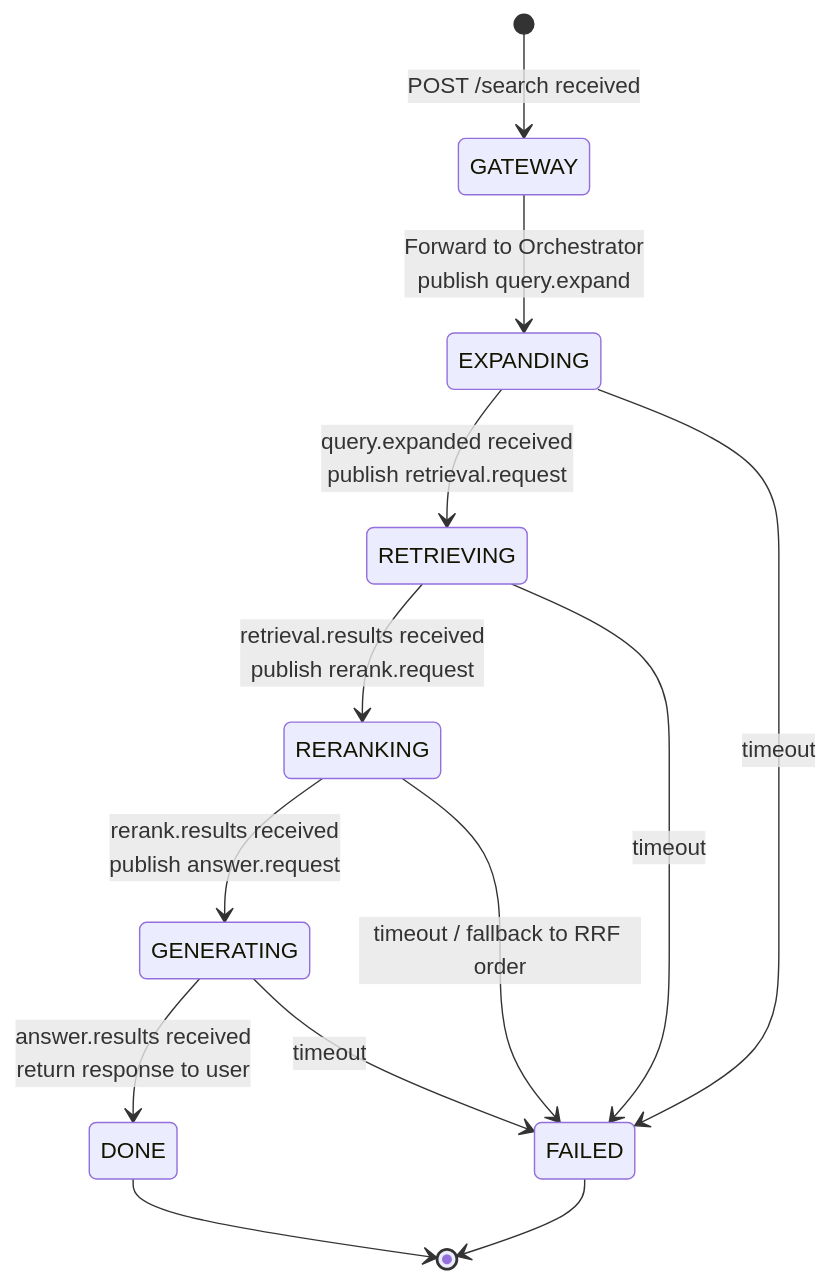
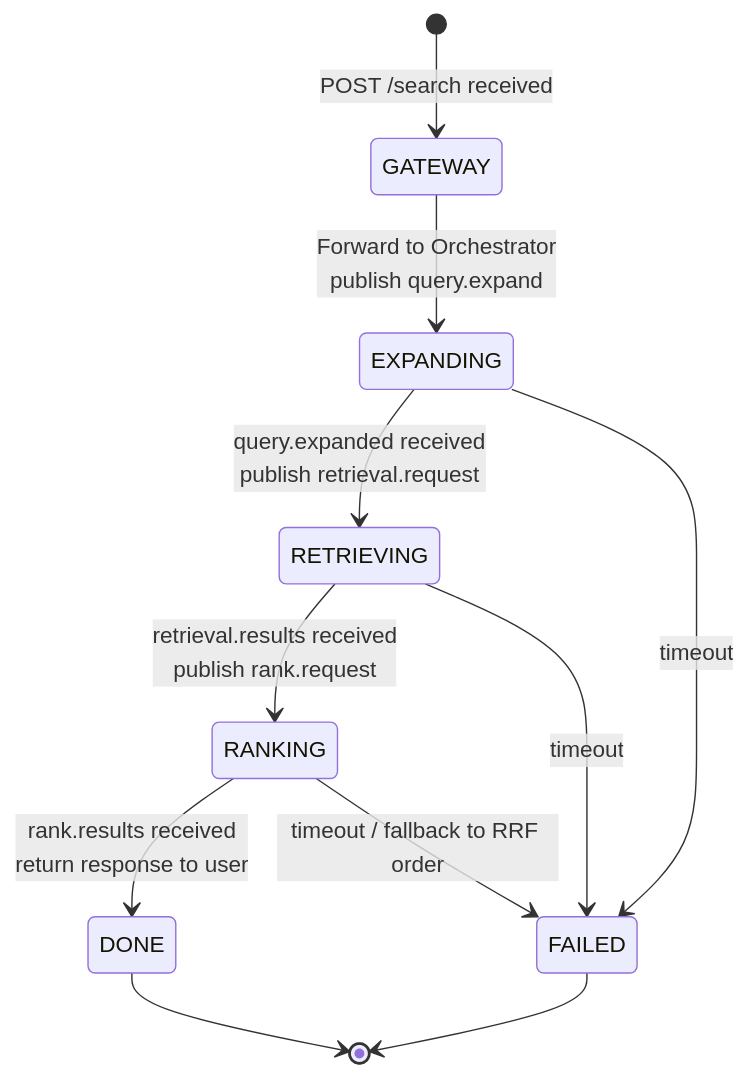
Before and after one commit to Peqchji/spring-ai-search-engine: the second of 3 diagrams in AGENTIC.md, drawn with Mermaid. The commit also changed other lines of this file and 9 other files, not shown here.

First line of the commit message:
docs: Refactor architecture to LTR AI Search Engine

````diff
--- a/AGENTIC.md
+++ b/AGENTIC.md
@@ -170,15 +147,13 @@
 ```mermaid
 stateDiagram-v2
     [*] --> GATEWAY: POST /search received
     GATEWAY --> EXPANDING: Forward to Orchestrator<br>publish query.expand
     EXPANDING --> RETRIEVING: query.expanded received<br>publish retrieval.request
-    RETRIEVING --> RERANKING: retrieval.results received<br>publish rerank.request
-    RERANKING --> GENERATING: rerank.results received<br>publish answer.request
-    GENERATING --> DONE: answer.results received<br>return response to user
+    RETRIEVING --> RANKING: retrieval.results received<br>publish rank.request
+    RANKING --> DONE: rank.results received<br>return response to user
     EXPANDING --> FAILED: timeout
     RETRIEVING --> FAILED: timeout
-    RERANKING --> FAILED: timeout / fallback to RRF order
-    GENERATING --> FAILED: timeout
+    RANKING --> FAILED: timeout / fallback to RRF order
     DONE --> [*]
     FAILED --> [*]
 ```
````
